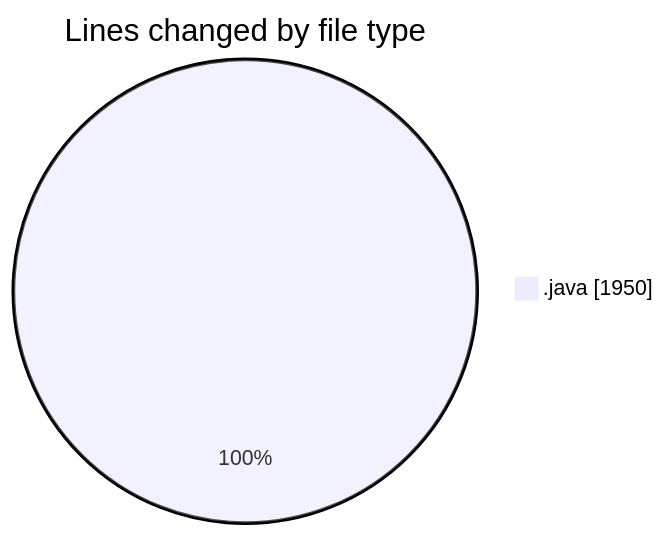
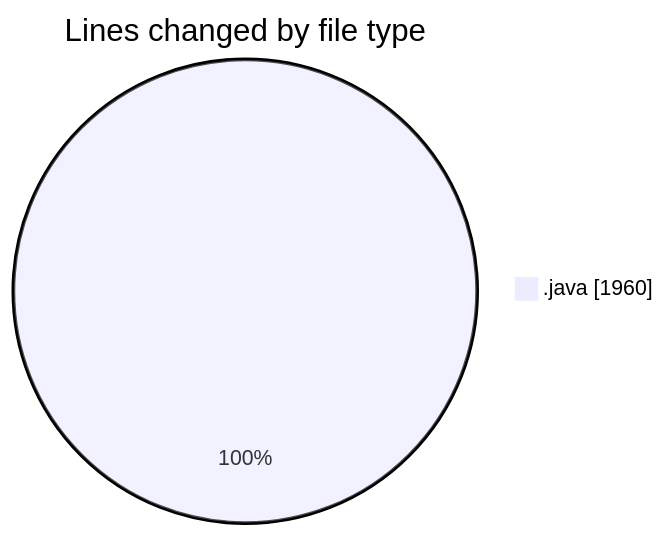
One commit to charlie-sans/code-tracking changed the first of 2 diagrams in 2025-02-20/masm/README.md. Above: the diagram before and after it, drawn with Mermaid. The commit also changed other lines of this file and 1 other file, not shown here.

````diff
--- a/2025-02-20/masm/README.md
+++ b/2025-02-20/masm/README.md
@@ -22,5 +22,5 @@
 ```mermaid
 pie showData
 title Lines changed by file type
-".java" : 1950
+".java" : 1960
 ```
````
